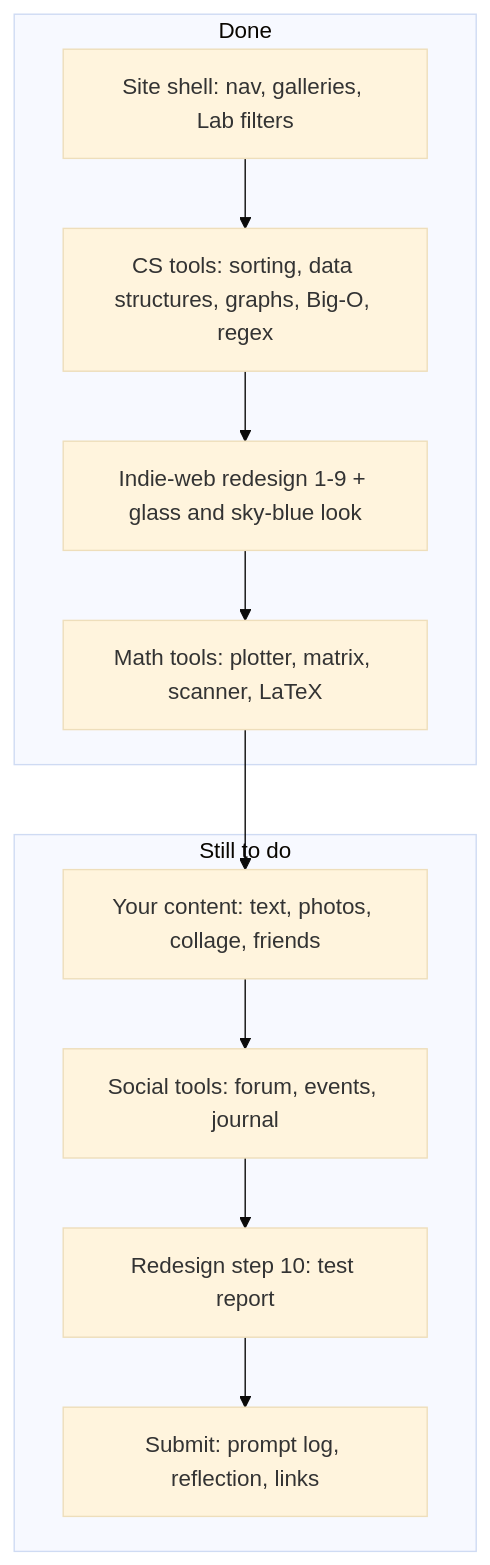
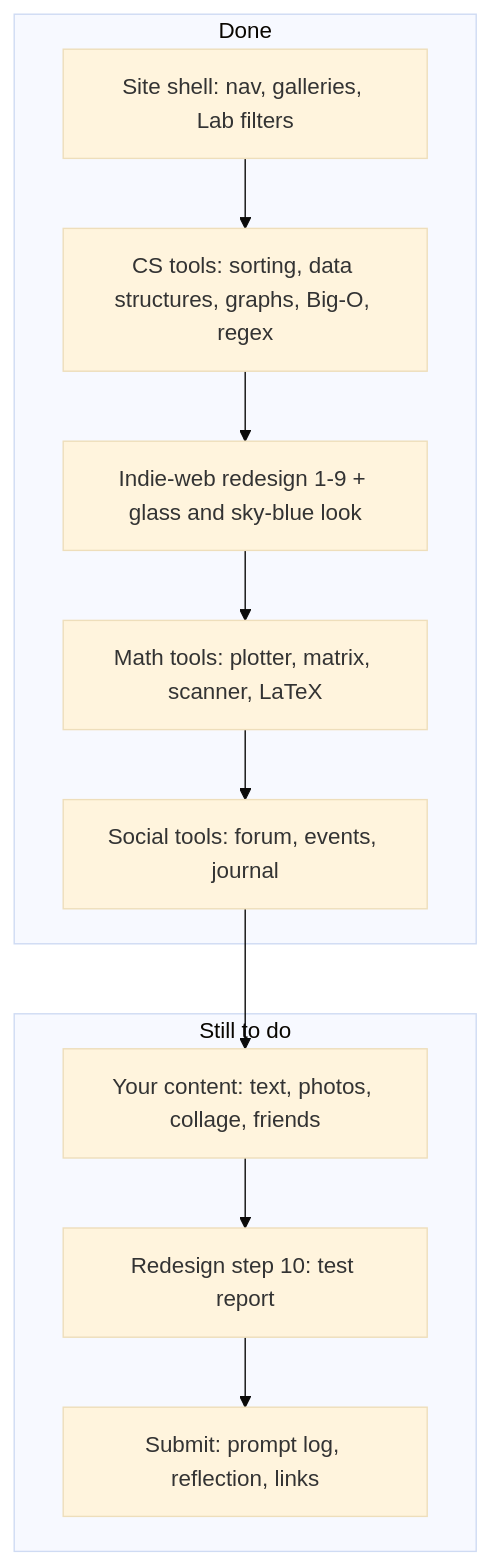
The first of 13 diagrams in DIAGRAM.md (ChrisMedkit/CS-235-IntroToAI), drawn with Mermaid (base theme) before and after one commit. The commit also changed other lines of this file and 25 other files, not shown here.

Commit message:
Social tools: forum, events, private journal; update ticker

````diff
--- a/DIAGRAM.md
+++ b/DIAGRAM.md
@@ -5,18 +5,18 @@
 ```mermaid
 flowchart TD
   subgraph DONE["Done"]
     D1["Site shell: nav, galleries, Lab filters"]
     D2["CS tools: sorting, data structures, graphs, Big-O, regex"]
     D3["Indie-web redesign 1-9 + glass and sky-blue look"]
     D4["Math tools: plotter, matrix, scanner, LaTeX"]
-    D1 --> D2 --> D3 --> D4
+    D5["Social tools: forum, events, journal"]
+    D1 --> D2 --> D3 --> D4 --> D5
   end
   subgraph NEXT["Still to do"]
     N1["Your content: text, photos, collage, friends"]
-    N3["Social tools: forum, events, journal"]
     N4["Redesign step 10: test report"]
     N5["Submit: prompt log, reflection, links"]
-    N1 --> N3 --> N4 --> N5
+    N1 --> N4 --> N5
   end
-  D4 --> N1
+  D5 --> N1
 ```
````
